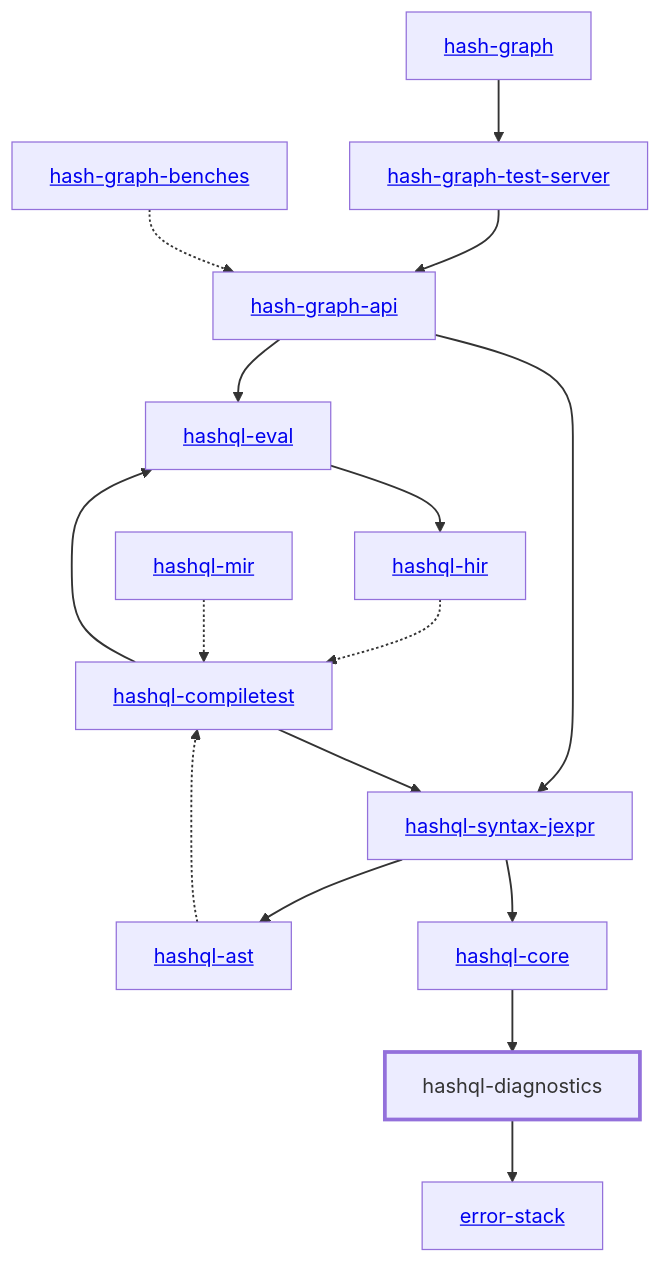
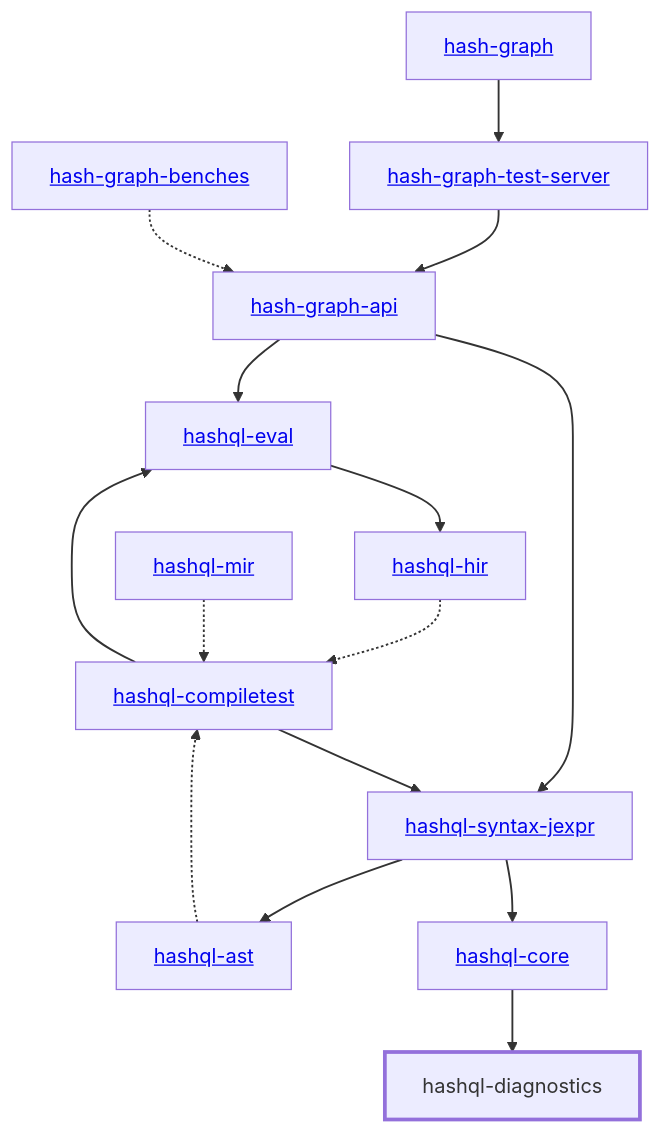
Before and after one commit to hashintel/hash: the diagram in libs/@local/hashql/diagnostics/docs/dependency-diagram.mmd, drawn with Mermaid. The commit also changed 280 other files, not shown here.

```diff
--- a/libs/@local/hashql/diagnostics/docs/dependency-diagram.mmd
+++ b/libs/@local/hashql/diagnostics/docs/dependency-diagram.mmd
@@ -1,39 +1,37 @@
 graph TD
     linkStyle default stroke-width:1.5px
     classDef default stroke-width:1px
     classDef root stroke-width:3px
     classDef dev stroke-width:1px
     classDef build stroke-width:1px
     %% Legend
     %% --> : Normal dependency
     %% -.-> : Dev dependency
     %% ---> : Build dependency
     0[<a href="../hash_graph/index.html">hash-graph</a>]
     1[<a href="../hash_graph_api/index.html">hash-graph-api</a>]
     2[<a href="../hash_graph_test_server/index.html">hash-graph-test-server</a>]
     3[<a href="../hashql_ast/index.html">hashql-ast</a>]
     4[<a href="../hashql_compiletest/index.html">hashql-compiletest</a>]
     5[<a href="../hashql_core/index.html">hashql-core</a>]
     6[hashql-diagnostics]
     class 6 root
     7[<a href="../hashql_eval/index.html">hashql-eval</a>]
     8[<a href="../hashql_hir/index.html">hashql-hir</a>]
     9[<a href="../hashql_mir/index.html">hashql-mir</a>]
     10[<a href="../hashql_syntax_jexpr/index.html">hashql-syntax-jexpr</a>]
-    11[<a href="../error_stack/index.html">error-stack</a>]
-    12[<a href="../hash_graph_benches/index.html">hash-graph-benches</a>]
+    11[<a href="../hash_graph_benches/index.html">hash-graph-benches</a>]
     0 --> 2
     1 --> 7
     1 --> 10
     2 --> 1
     3 -.-> 4
     4 --> 7
     4 --> 10
     5 --> 6
-    6 --> 11
     7 --> 8
     8 -.-> 4
     9 -.-> 4
     10 --> 3
     10 --> 5
-    12 -.-> 1
+    11 -.-> 1
```
